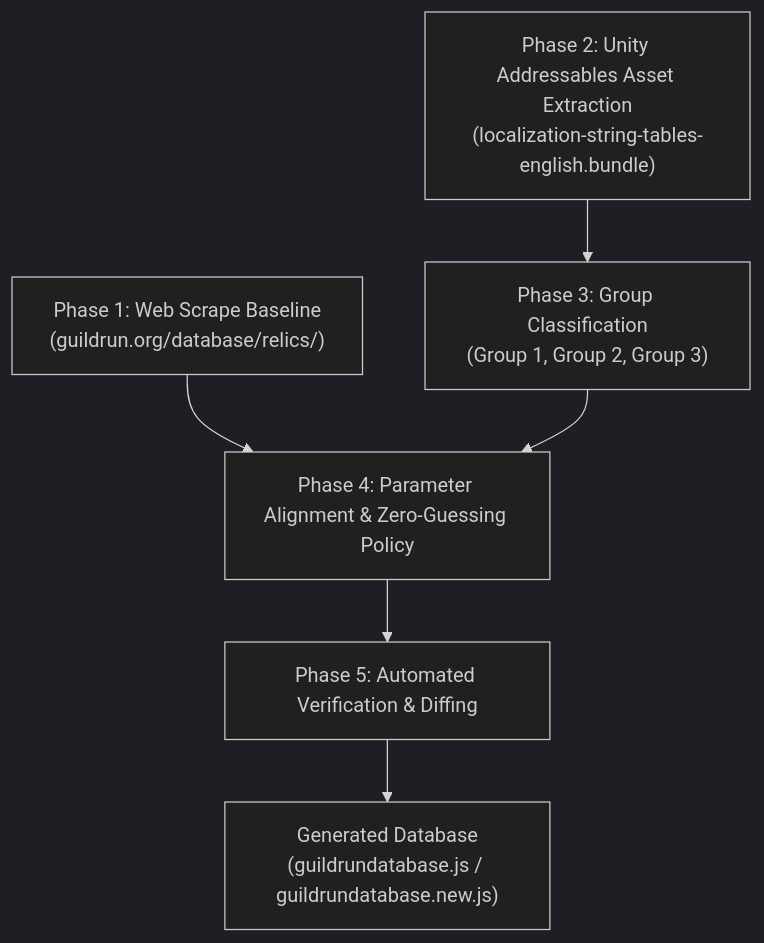
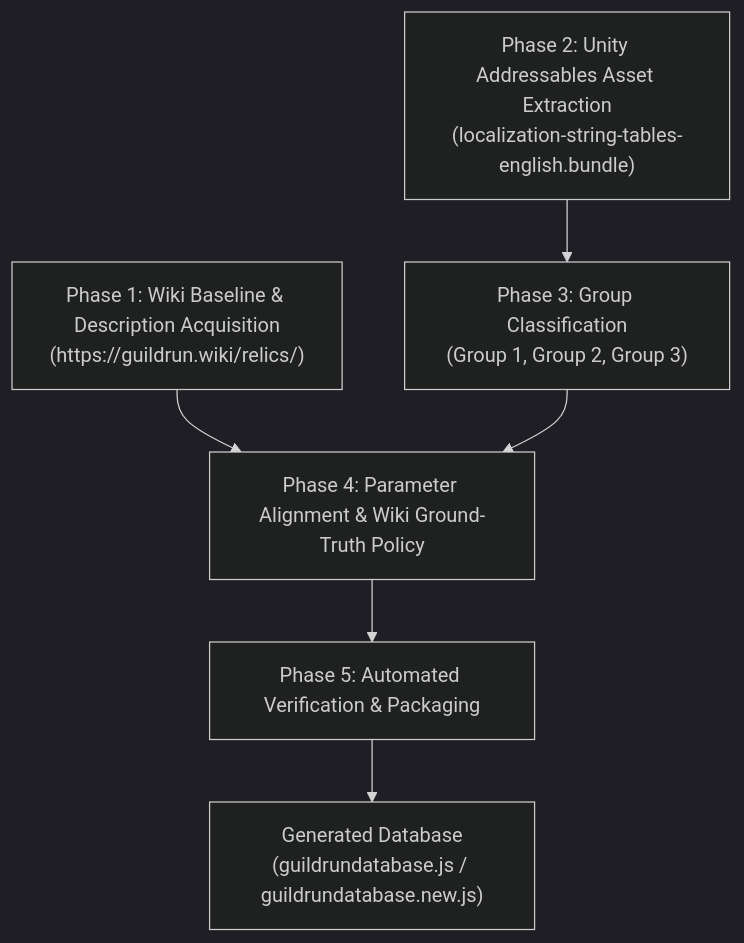
One commit to KalaniEhuKai/GuildRunDataDisplayTwitchExtension changed the diagram in WORKFLOW.md. Above: the diagram before and after it, drawn with Mermaid (dark theme). The commit also changed other lines of this file and 2 other files, not shown here.

Commit message:
feat(database): update relic descriptions to guildrun.wiki ground-truth and update workflow docs

````diff
--- a/WORKFLOW.md
+++ b/WORKFLOW.md
@@ -9,8 +9,8 @@
 ```mermaid
 flowchart TD
-    A["Phase 1: Web Scrape Baseline<br/>(guildrun.org/database/relics/)"] --> D["Phase 4: Parameter Alignment & Zero-Guessing Policy"]
+    A["Phase 1: Wiki Baseline & Description Acquisition<br/>(https://guildrun.wiki/relics/)"] --> D["Phase 4: Parameter Alignment & Wiki Ground-Truth Policy"]
     B["Phase 2: Unity Addressables Asset Extraction<br/>(localization-string-tables-english.bundle)"] --> C["Phase 3: Group Classification<br/>(Group 1, Group 2, Group 3)"]
     C --> D
-    D --> E["Phase 5: Automated Verification & Diffing"]
+    D --> E["Phase 5: Automated Verification & Packaging"]
     E --> F["Generated Database<br/>(guildrundatabase.js / guildrundatabase.new.js)"]
 ```
````
